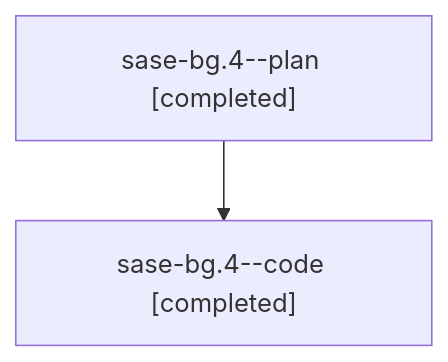
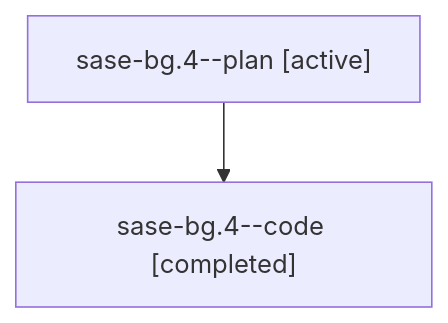
The diagram in families/bbugyi200.athena.sase-bg.4.md (sase-org/sase--agents), drawn with Mermaid before and after one commit. The commit also changed other lines of this file and 5813 other files, not shown here.

````diff
--- a/families/bbugyi200.athena.sase-bg.4.md
+++ b/families/bbugyi200.athena.sase-bg.4.md
@@ -9,6 +9,6 @@
 ```mermaid
 flowchart TD
-  n0["sase-bg.4--plan [completed]"]
+  n0["sase-bg.4--plan [active]"]
   n1["sase-bg.4--code [completed]"]
   n0 --> n1
 ```
````
